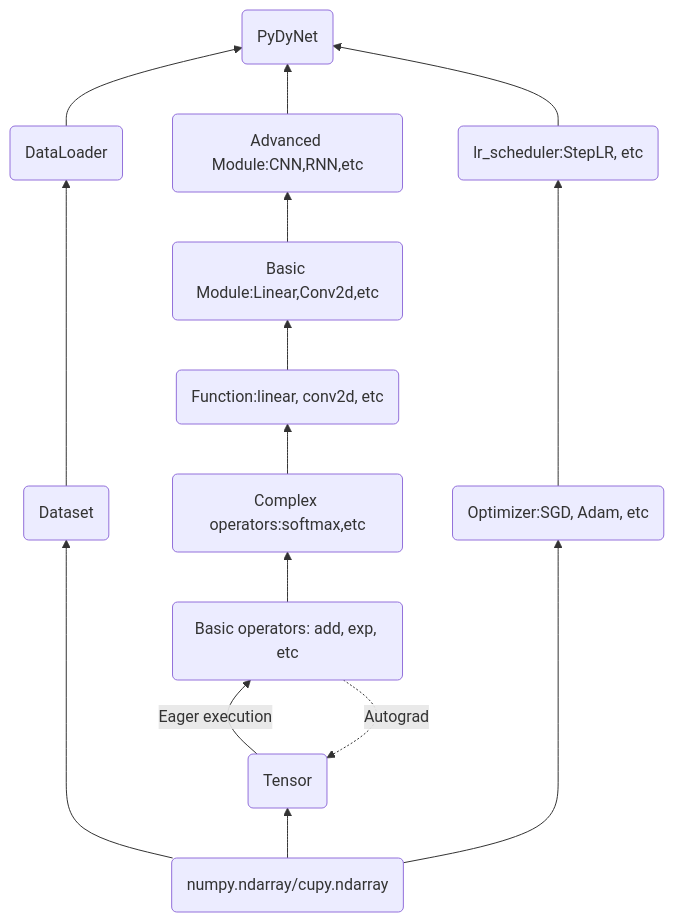
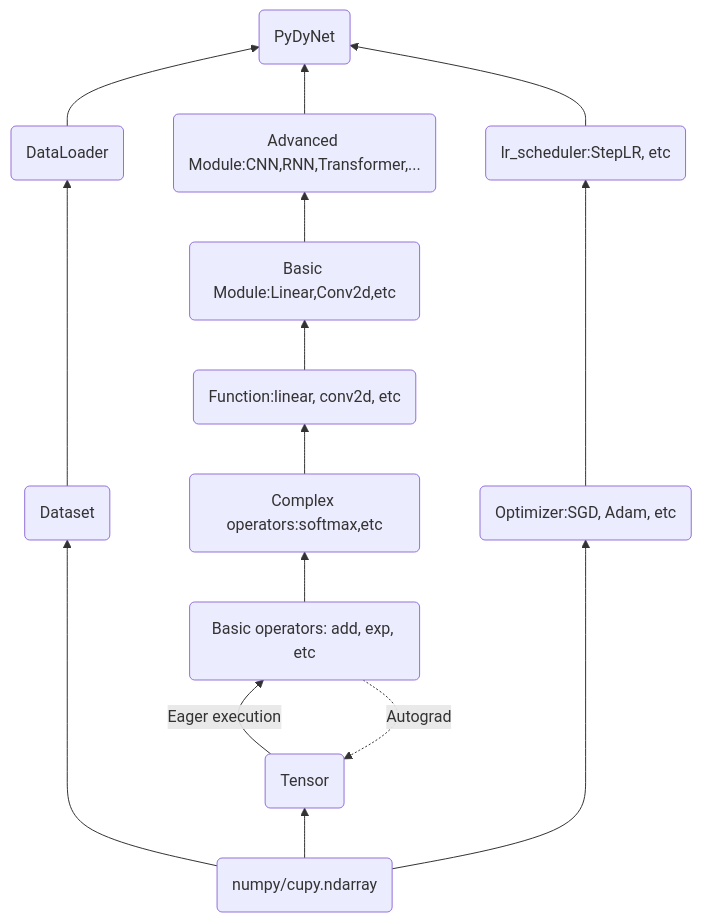
One commit to Kaslanarian/PyDyNet changed the diagram in README.md. Above: the diagram before and after it, drawn with Mermaid. The commit also changed other lines of this file and 72 other files, not shown here.

````diff
--- a/README.md
+++ b/README.md
@@ -37,12 +38,12 @@
 ```mermaid
 graph BT
-   N(numpy.ndarray/cupy.ndarray) ----> ds(Dataset) ----> Data(DataLoader)--> Mission
+   N(numpy/cupy.ndarray) ----> ds(Dataset) ----> Data(DataLoader)--> Mission
    N --> A(Tensor) --Eager execution--> B(Basic operators: add, exp, etc)
    B -.Autograd-.-> A
    B --> CO(Complex operators:softmax,etc)
    --> f(Function:linear, conv2d, etc) 
    --> M(Basic Module:Linear,Conv2d,etc)
-   --> CM(Advanced Module:CNN,RNN,etc)
+   --> CM(Advanced Module:CNN,RNN,Transformer,...)
    --> Mission(PyDyNet)
    N --> GD(Optimizer:SGD, Adam, etc) ----> LS(lr_scheduler:StepLR, etc)--> Mission
 ```
````
